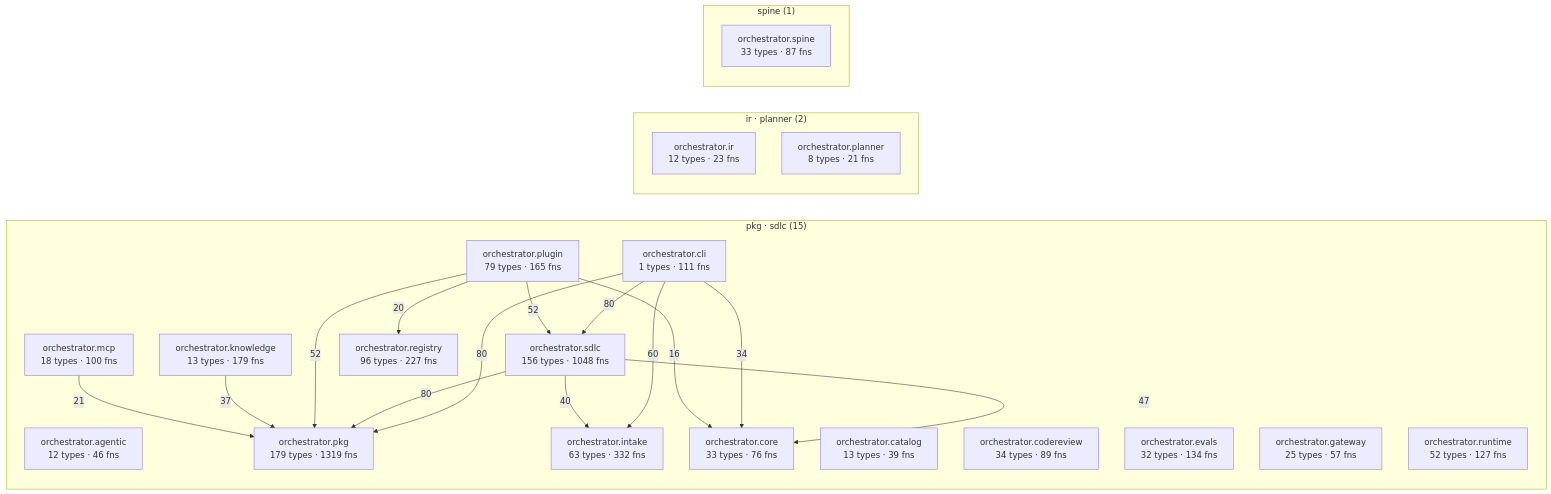
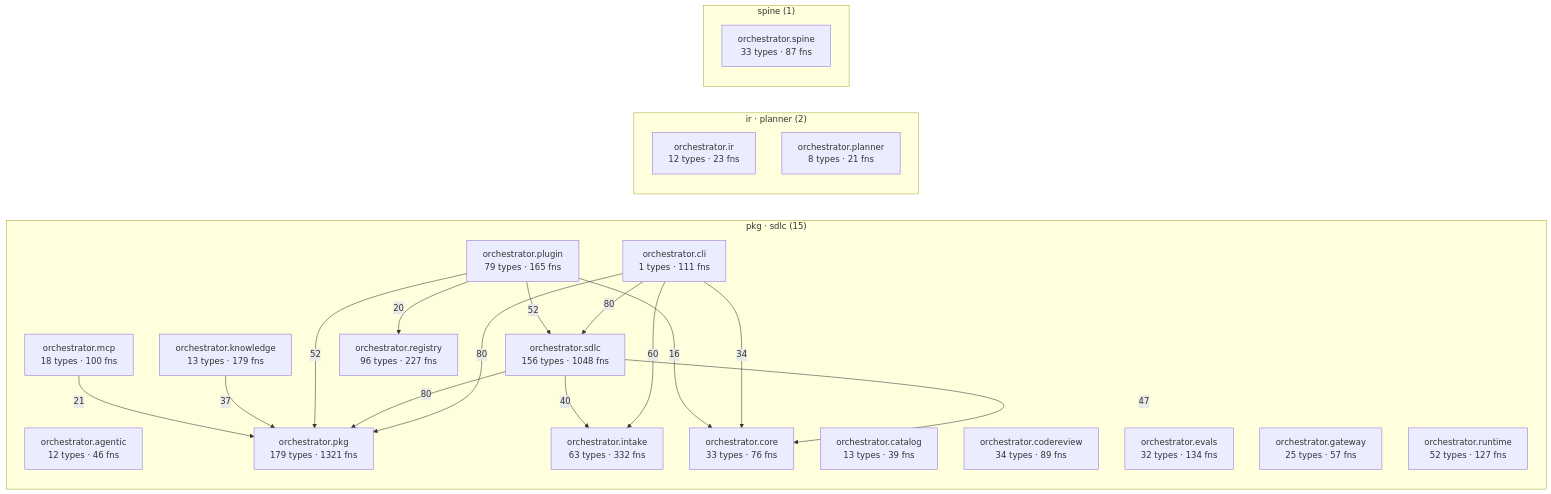
One commit to synaptixs/spine changed the diagram in episteme/architecture.md. Above: the diagram before and after it, drawn with Mermaid. The commit also changed other lines of this file and 7 other files, not shown here.

````diff
--- a/episteme/architecture.md
+++ b/episteme/architecture.md
@@ -56,40 +56,40 @@
 ```mermaid
 flowchart LR
   subgraph c_2["pkg · sdlc (15)"]
     aorchestratoragentic["orchestrator.agentic<br/>12 types · 46 fns"]
     aorchestratorcatalog["orchestrator.catalog<br/>13 types · 39 fns"]
     aorchestratorcli["orchestrator.cli<br/>1 types · 111 fns"]
     aorchestratorcodereview["orchestrator.codereview<br/>34 types · 89 fns"]
     aorchestratorcore["orchestrator.core<br/>33 types · 76 fns"]
     aorchestratorevals["orchestrator.evals<br/>32 types · 134 fns"]
     aorchestratorgateway["orchestrator.gateway<br/>25 types · 57 fns"]
     aorchestratorintake["orchestrator.intake<br/>63 types · 332 fns"]
     aorchestratorknowledge["orchestrator.knowledge<br/>13 types · 179 fns"]
     aorchestratormcp["orchestrator.mcp<br/>18 types · 100 fns"]
-    aorchestratorpkg["orchestrator.pkg<br/>179 types · 1319 fns"]
+    aorchestratorpkg["orchestrator.pkg<br/>179 types · 1321 fns"]
     aorchestratorplugin["orchestrator.plugin<br/>79 types · 165 fns"]
     aorchestratorregistry["orchestrator.registry<br/>96 types · 227 fns"]
     aorchestratorruntime["orchestrator.runtime<br/>52 types · 127 fns"]
     aorchestratorsdlc["orchestrator.sdlc<br/>156 types · 1048 fns"]
   end
   subgraph c_5["ir · planner (2)"]
     aorchestratorir["orchestrator.ir<br/>12 types · 23 fns"]
     aorchestratorplanner["orchestrator.planner<br/>8 types · 21 fns"]
   end
   subgraph c_10["spine (1)"]
     aorchestratorspine["orchestrator.spine<br/>33 types · 87 fns"]
   end
   aorchestratorcli -->|80| aorchestratorpkg
   aorchestratorcli -->|80| aorchestratorsdlc
   aorchestratorsdlc -->|80| aorchestratorpkg
   aorchestratorcli -->|60| aorchestratorintake
   aorchestratorplugin -->|52| aorchestratorpkg
   aorchestratorplugin -->|52| aorchestratorsdlc
   aorchestratorsdlc -->|47| aorchestratorcore
   aorchestratorsdlc -->|40| aorchestratorintake
   aorchestratorknowledge -->|37| aorchestratorpkg
   aorchestratorcli -->|34| aorchestratorcore
   aorchestratormcp -->|21| aorchestratorpkg
   aorchestratorplugin -->|20| aorchestratorregistry
   aorchestratorplugin -->|16| aorchestratorcore
 ```
````
